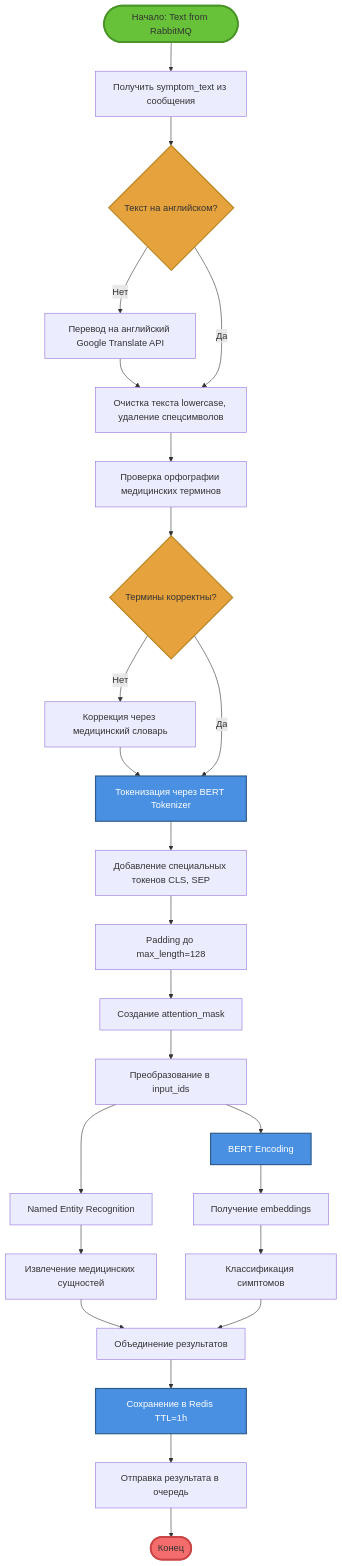
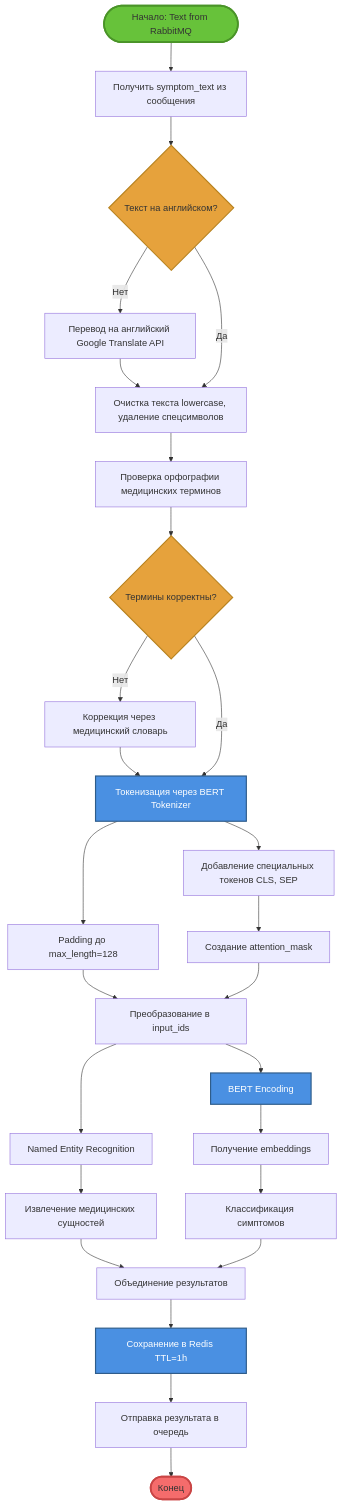
One commit to Edisheri/system-engineering-playbook changed the second of 6 diagrams in src/architecture/uml/text-analysis.md. Above: the diagram before and after it, drawn with Mermaid. The commit also changed 52 other files, not shown here.

Commit message:
Improve Activity diagrams layout and add 4 detailed BPMN scenario diagrams

````diff
--- a/src/architecture/uml/text-analysis.md
+++ b/src/architecture/uml/text-analysis.md
@@ -70,63 +70,64 @@
 ```mermaid
 flowchart TD
     Start([Начало: Text from RabbitMQ])
     
     A[Получить symptom_text из сообщения]
     B{Текст на английском?}
     C[Перевод на английский Google Translate API]
     D[Очистка текста lowercase, удаление спецсимволов]
     E[Проверка орфографии медицинских терминов]
     F{Термины корректны?}
     G[Коррекция через медицинский словарь]
     
     H[Токенизация через BERT Tokenizer]
     I[Добавление специальных токенов CLS, SEP]
     J[Padding до max_length=128]
     K[Создание attention_mask]
     L[Преобразование в input_ids]
     
     M[BERT Encoding]
     N[Named Entity Recognition]
     O[Получение embeddings]
     P[Классификация симптомов]
     Q[Извлечение медицинских сущностей]
     R[Объединение результатов]
     S[Сохранение в Redis TTL=1h]
     T[Отправка результата в очередь]
     End([Конец])
     
     Start --> A
     A --> B
     B -->|Нет| C
     C --> D
     B -->|Да| D
     D --> E
     E --> F
     F -->|Нет| G
     G --> H
     F -->|Да| H
     
     H --> I
-    I --> J
-    J --> K
+    H --> J
+    I --> K
+    J --> L
     K --> L
     
     L --> M
     L --> N
     M --> O
     N --> Q
     O --> P
     Q --> R
     P --> R
     R --> S
     S --> T
     T --> End
     
     style Start fill:#67c23a,stroke:#4a9428,stroke-width:3px
     style End fill:#f56c6c,stroke:#c94545,stroke-width:3px
     style B fill:#e6a23c,stroke:#b8821e,stroke-width:2px
     style F fill:#e6a23c,stroke:#b8821e,stroke-width:2px
     style H fill:#4a90e2,stroke:#2e5c8a,stroke-width:2px,color:#fff
     style M fill:#4a90e2,stroke:#2e5c8a,stroke-width:2px,color:#fff
     style S fill:#4a90e2,stroke:#2e5c8a,stroke-width:2px,color:#fff
 ```
````
